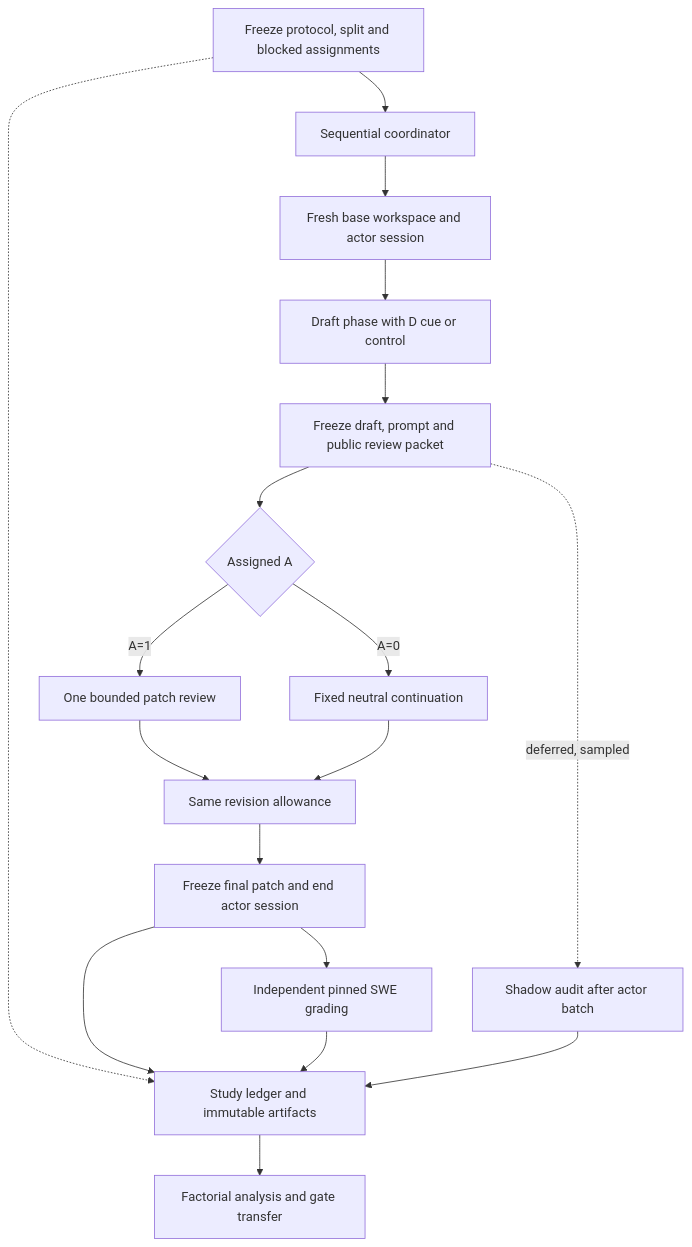
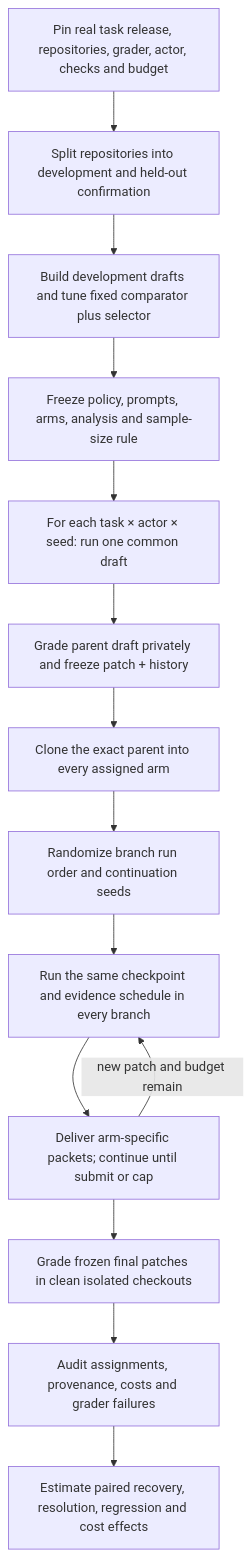
Before and after one commit to Abidur-Rahman-01/VERITAS: the third of 3 diagrams in docs/ARCHITECTURE.md, drawn with Mermaid. The commit also changed other lines of this file and 1 other file, not shown here.

Commit message:
updated architecture

````diff
--- a/docs/ARCHITECTURE.md
+++ b/docs/ARCHITECTURE.md
@@ -997,20 +193,18 @@
 ```mermaid
 flowchart TD
-  PLAN[Freeze protocol, split and blocked assignments] --> RUN[Sequential coordinator]
-  RUN --> INIT[Fresh base workspace and actor session]
-  INIT --> DRAFT[Draft phase with D cue or control]
-  DRAFT --> SNAP[Freeze draft, prompt and public review packet]
-  SNAP --> BRANCH{Assigned A}
-  BRANCH -->|A=1| REVIEW[One bounded patch review]
-  BRANCH -->|A=0| NEUTRAL[Fixed neutral continuation]
-  REVIEW --> CONT[Same revision allowance]
-  NEUTRAL --> CONT
-  CONT --> FINAL[Freeze final patch and end actor session]
-  FINAL --> GRADE[Independent pinned SWE grading]
-  SNAP -. deferred, sampled .-> AUDIT[Shadow audit after actor batch]
-  PLAN -.-> LEDGER[Study ledger and immutable artifacts]
-  FINAL --> LEDGER
-  GRADE --> LEDGER
-  AUDIT --> LEDGER
-  LEDGER --> REPORT[Factorial analysis and gate transfer]
+  P[Pin real task release, repositories, grader, actor, checks and budget]
+  S[Split repositories into development and held-out confirmation]
+  D[Build development drafts and tune fixed comparator plus selector]
+  F[Freeze policy, prompts, arms, analysis and sample-size rule]
+  T[For each task × actor × seed: run one common draft]
+  I[Grade parent draft privately and freeze patch + history]
+  E[Clone the exact parent into every assigned arm]
+  R[Randomize branch run order and continuation seeds]
+  L[Run the same checkpoint and evidence schedule in every branch]
+  C[Deliver arm-specific packets; continue until submit or cap]
+  G[Grade frozen final patches in clean isolated checkouts]
+  Q[Audit assignments, provenance, costs and grader failures]
+  A[Estimate paired recovery, resolution, regression and cost effects]
+  P --> S --> D --> F --> T --> I --> E --> R --> L --> C --> G --> Q --> A
+  C -->|new patch and budget remain| L
 ```
````
